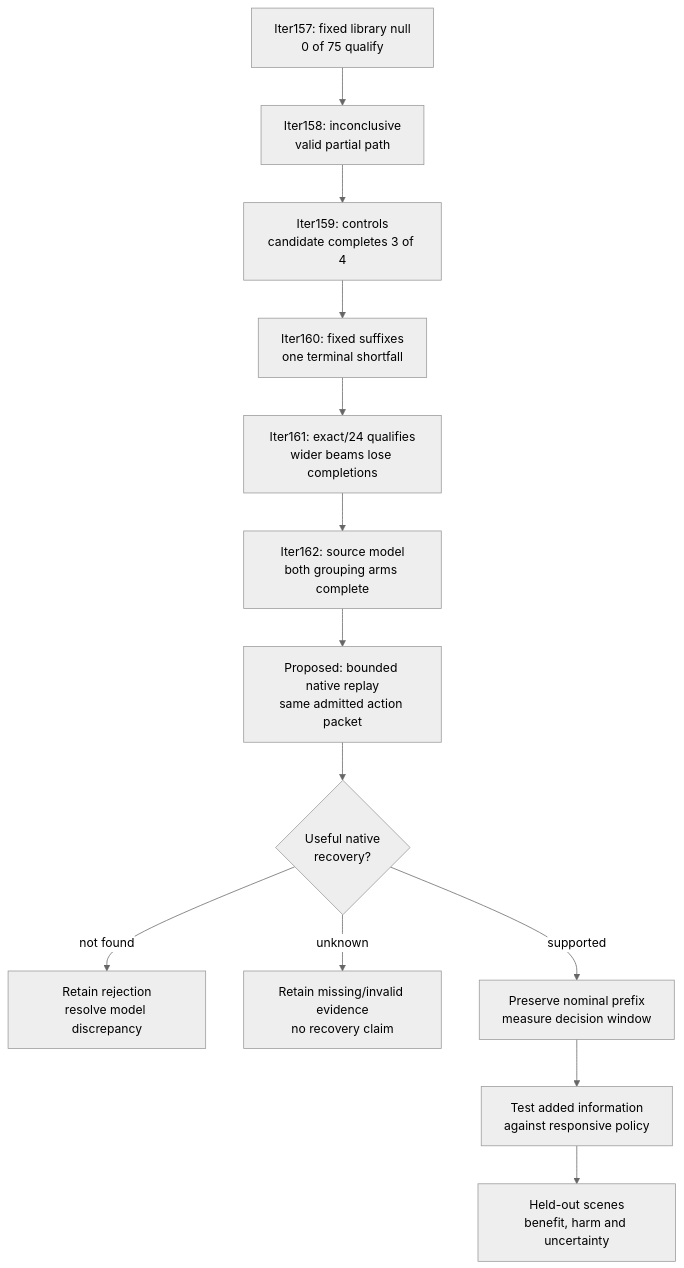
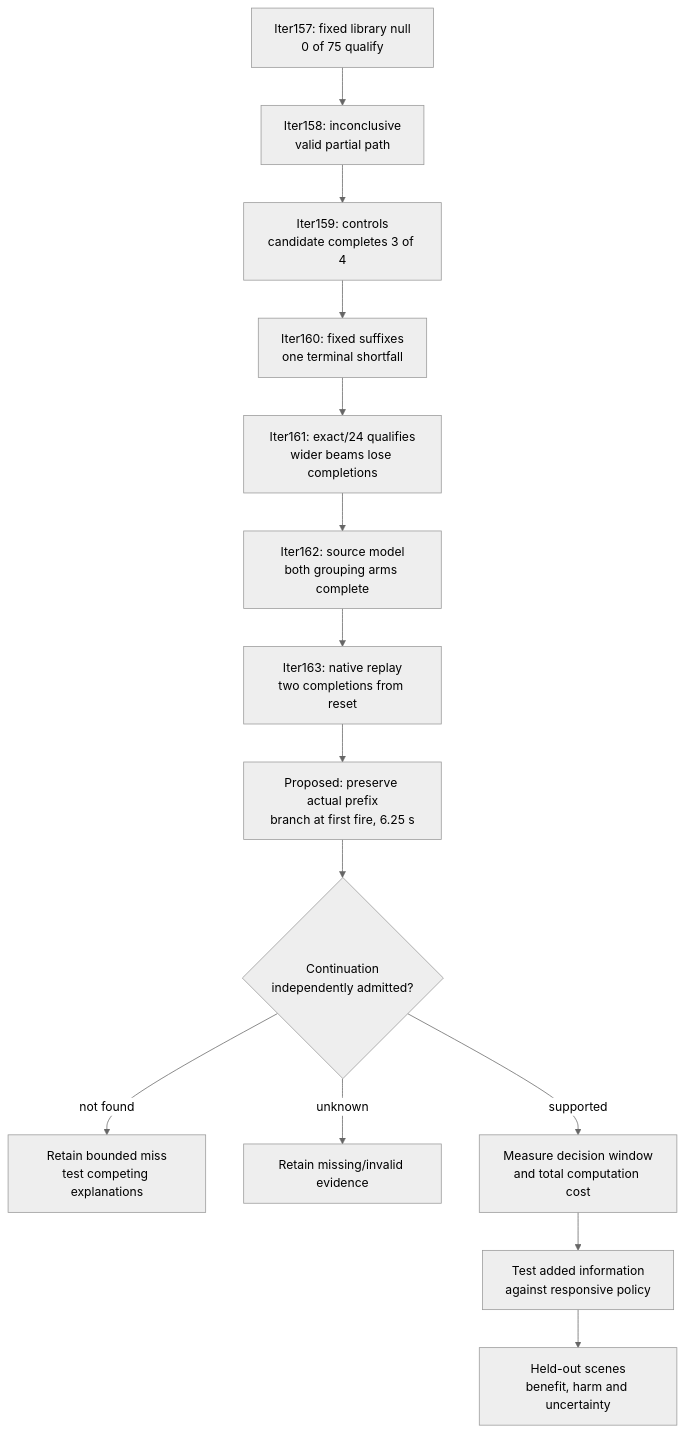
One commit to manfromnowhere143/sentinel changed the third of 3 diagrams in README.md. Above: the diagram before and after it, drawn with Mermaid (neutral theme). The commit also changed other lines of this file and 51 other files, not shown here.

First line of the commit message:
Close Iter163 native completion and publish bounded evidence

````diff
--- a/README.md
+++ b/README.md
@@ -587,17 +611,18 @@
 ```mermaid
 flowchart TB
-  accTitle: From model completion to information benefit
-  accDescr: Six retained results precede proposed native replay and information testing.
+  accTitle: From native completion to decision-time recovery
+  accDescr: Seven results precede proposed monitor-time continuation and information tests.
   C["Iter157: fixed library null<br/>0 of 75 qualify"] --> A["Iter158: inconclusive<br/>valid partial path"]
   A --> Q["Iter159: controls<br/>candidate completes 3 of 4"]
   Q --> K["Iter160: fixed suffixes<br/>one terminal shortfall"]
   K --> G["Iter161: exact/24 qualifies<br/>wider beams lose completions"]
   G --> S["Iter162: source model<br/>both grouping arms complete"]
-  S --> V["Proposed: bounded native replay<br/>same admitted action packet"]
-  V --> R{"Useful native<br/>recovery?"}
-  R -- "not found" --> N["Retain rejection<br/>resolve model discrepancy"]
-  R -- "unknown" --> U["Retain missing/invalid evidence<br/>no recovery claim"]
-  R -- "supported" --> W["Preserve nominal prefix<br/>measure decision window"]
+  S --> V["Iter163: native replay<br/>two completions from reset"]
+  V --> P["Proposed: preserve actual prefix<br/>branch at first fire, 6.25 s"]
+  P --> R{"Continuation<br/>independently admitted?"}
+  R -- "not found" --> N["Retain bounded miss<br/>test competing explanations"]
+  R -- "unknown" --> U["Retain missing/invalid evidence"]
+  R -- "supported" --> W["Measure decision window<br/>and total computation cost"]
   W --> I["Test added information<br/>against responsive policy"]
   I --> H["Held-out scenes<br/>benefit, harm and uncertainty"]
 ```
````
